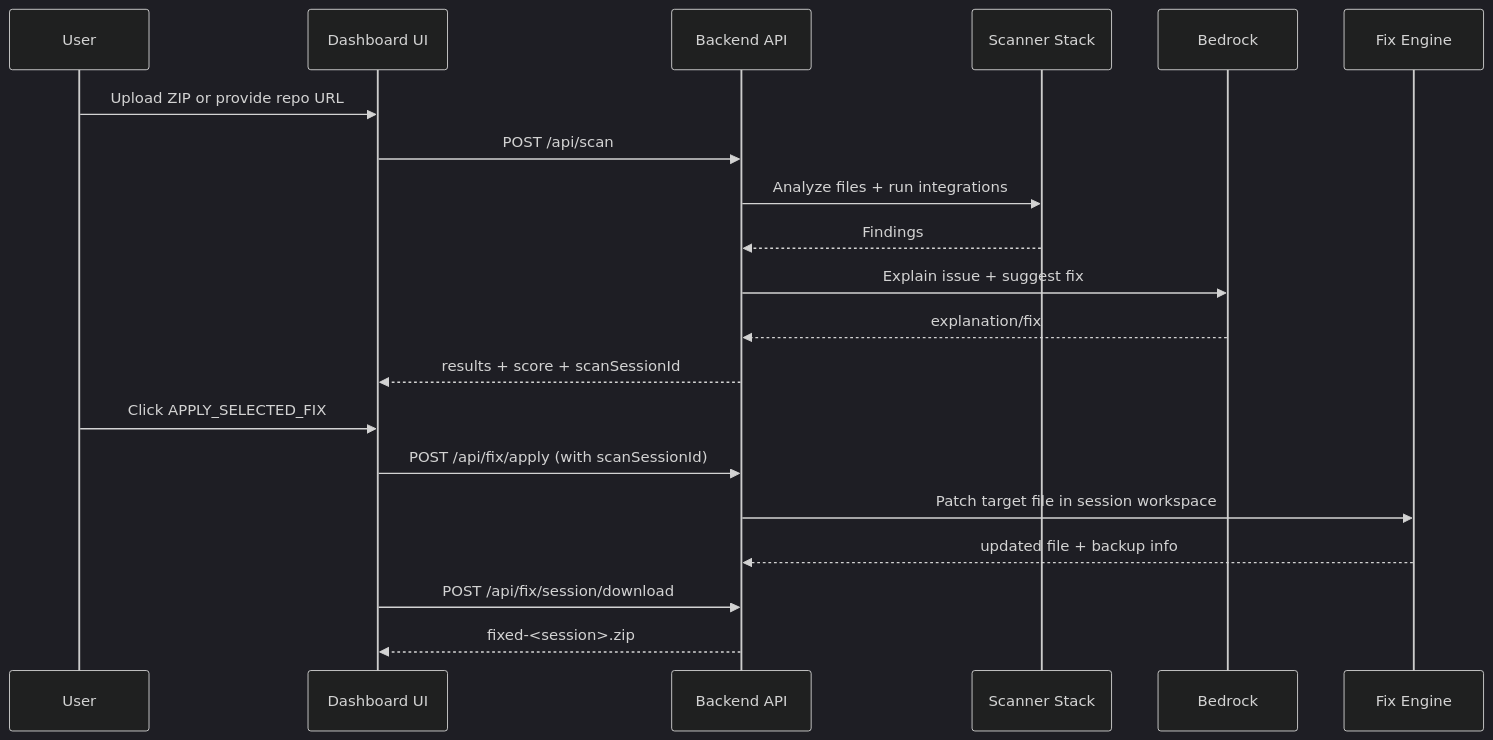
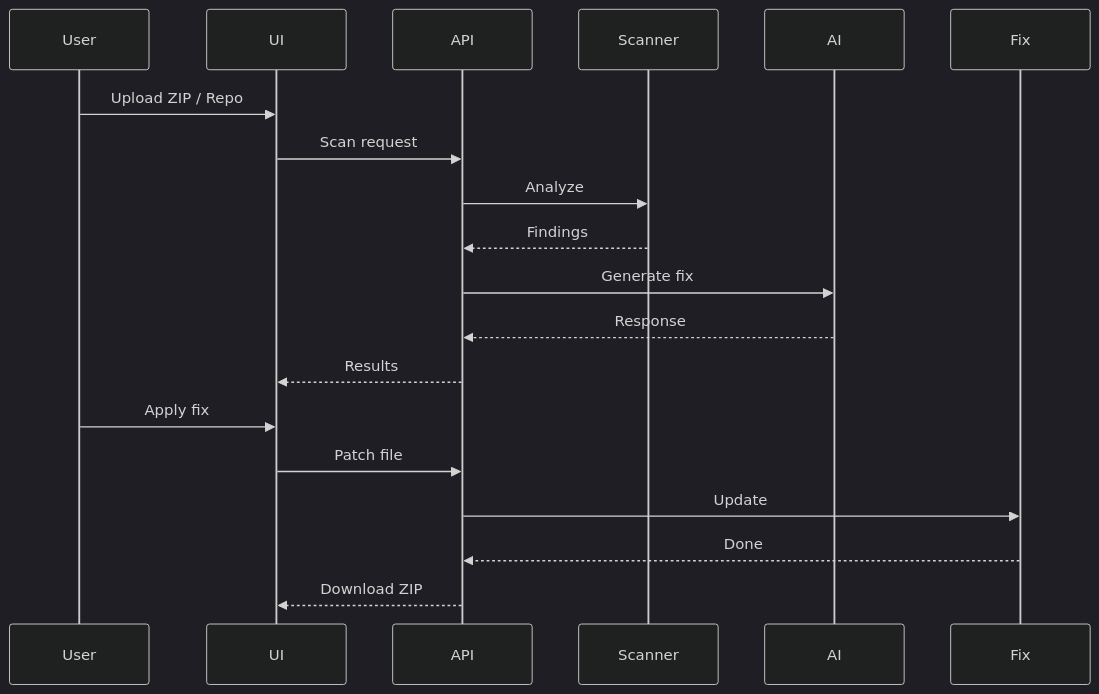
The second of 2 diagrams in README.md (printf-sourav/SecSphere), drawn with Mermaid (dark theme) before and after one commit. The commit also changed other lines of this file, not shown here.

````diff
--- a/README.md
+++ b/README.md
@@ -68,24 +73,23 @@
 ```mermaid
 sequenceDiagram
 	participant User
-	participant UI as Dashboard UI
-	participant API as Backend API
-	participant Scan as Scanner Stack
-	participant AI as Bedrock
-	participant Fix as Fix Engine
+	participant UI
+	participant API
+	participant Scanner
+	participant AI
+	participant Fix
 
-	User->>UI: Upload ZIP or provide repo URL
-	UI->>API: POST /api/scan
-	API->>Scan: Analyze files + run integrations
-	Scan-->>API: Findings
-	API->>AI: Explain issue + suggest fix
-	AI-->>API: explanation/fix
-	API-->>UI: results + score + scanSessionId
+	User->>UI: Upload ZIP / Repo
+	UI->>API: Scan request
+	API->>Scanner: Analyze
+	Scanner-->>API: Findings
+	API->>AI: Generate fix
+	AI-->>API: Response
+	API-->>UI: Results
 
-	User->>UI: Click APPLY_SELECTED_FIX
-	UI->>API: POST /api/fix/apply (with scanSessionId)
-	API->>Fix: Patch target file in session workspace
-	Fix-->>API: updated file + backup info
-	UI->>API: POST /api/fix/session/download
-	API-->>UI: fixed-<session>.zip
+	User->>UI: Apply fix
+	UI->>API: Patch file
+	API->>Fix: Update
+	Fix-->>API: Done
+	API-->>UI: Download ZIP
 ```
````
